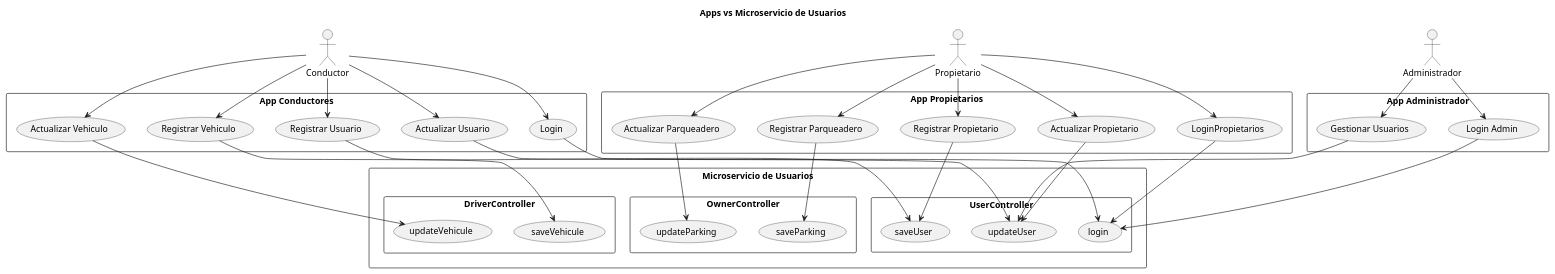
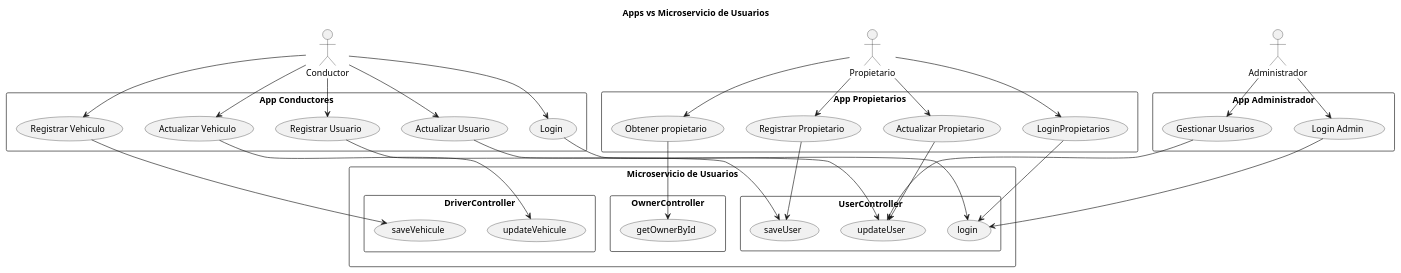
One commit to JordiGD/EasyPark changed the diagram in MSUserVsApps.md. Above: the diagram before and after it, drawn with PlantUML. The commit also changed 35 other files, not shown here.

```diff
--- a/MSUserVsApps.md
+++ b/MSUserVsApps.md
@@ -23,8 +23,7 @@
   Propietario --> (Registrar Propietario)
   Propietario --> (LoginPropietarios)
   Propietario --> (Actualizar Propietario)
-  Propietario --> (Registrar Parqueadero)
-  Propietario --> (Actualizar Parqueadero)
+  Propietario --> (Obtener propietario)
 }
 
 ' =========================
@@ -52,8 +51,7 @@
   }
 
   rectangle "OwnerController" {
-    (saveParking)
-    (updateParking)
+    (getOwnerById)
   }
 }
 
@@ -72,8 +70,7 @@
 (Registrar Propietario) --> (saveUser)
 (LoginPropietarios) --> (login)
 (Actualizar Propietario) --> (updateUser)
-(Actualizar Parqueadero) --> (updateParking)
-(Registrar Parqueadero) --> (saveParking)
+(Obtener propietario) --> (getOwnerById)
 
 ' Admin
 (Login Admin) --> (login)
```
